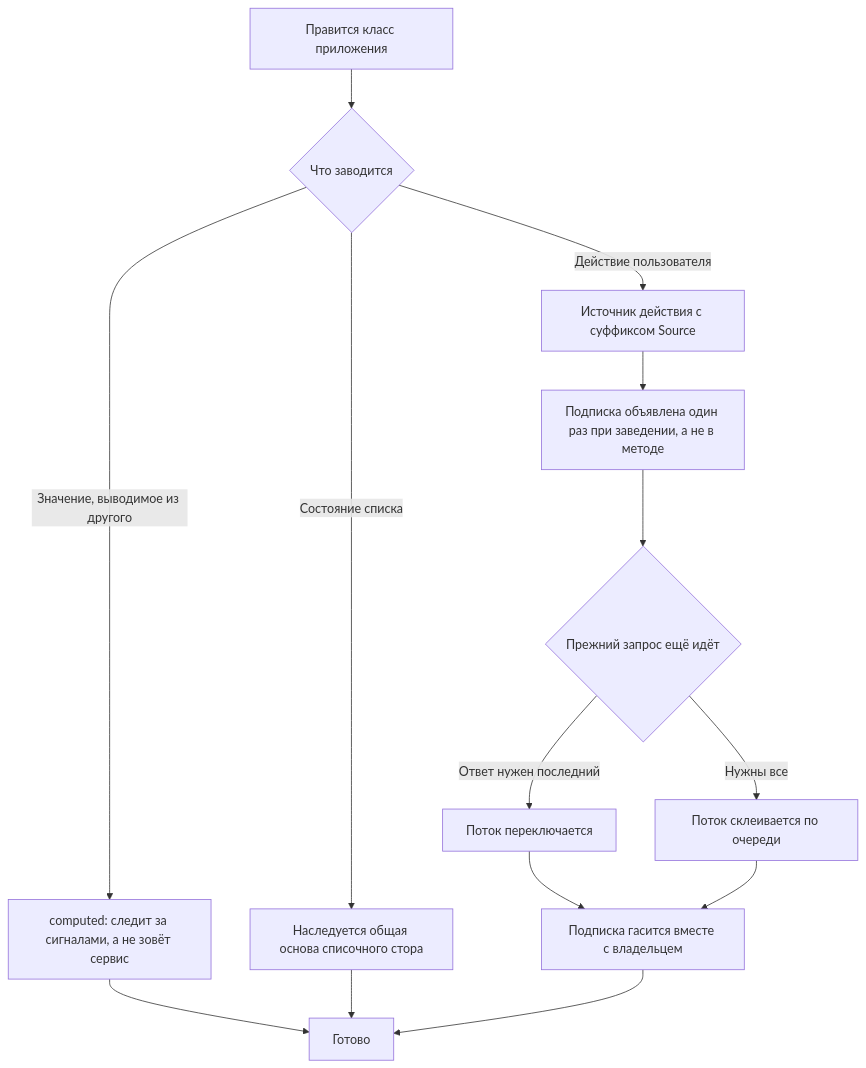
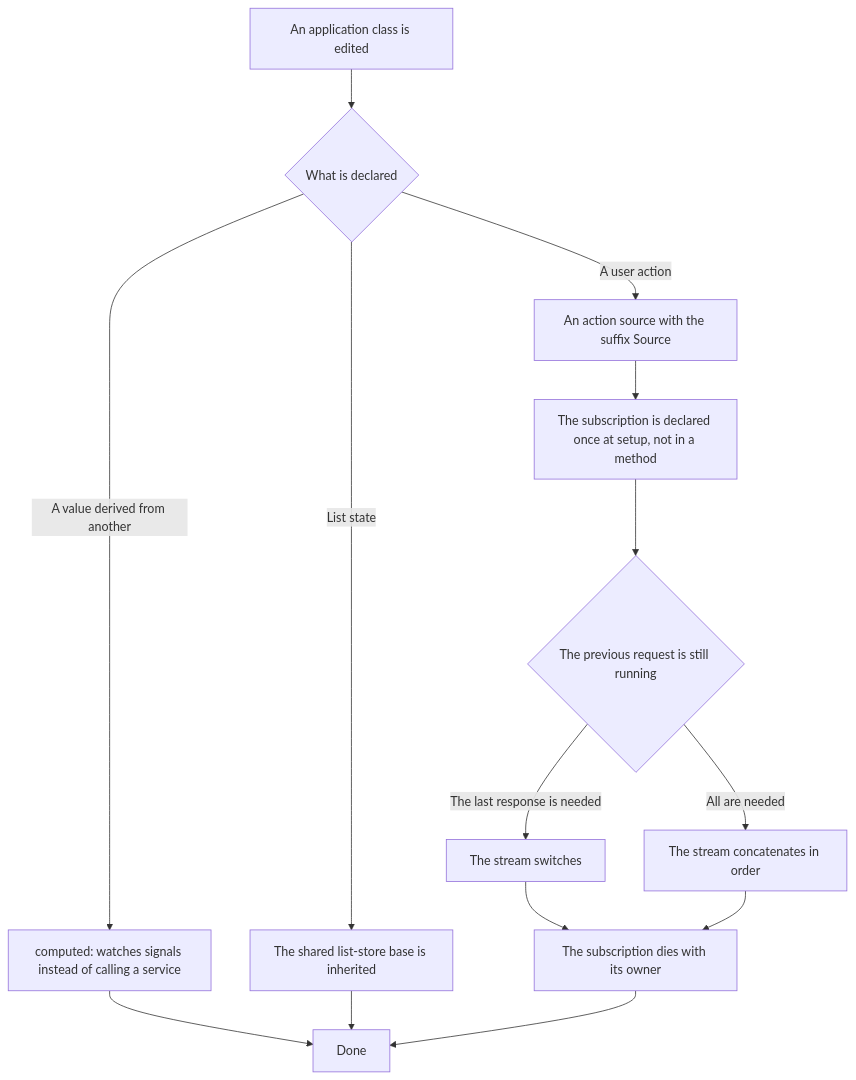
One commit to Eyhenij/rt-tools changed the diagram in .claude/skills/angular-patterns/SKILL.md. Above: the diagram before and after it, drawn with Mermaid. The commit also changed other lines of this file and 71 other files, not shown here.

````diff
--- a/.claude/skills/angular-patterns/SKILL.md
+++ b/.claude/skills/angular-patterns/SKILL.md
@@ -40,16 +40,16 @@
 ```mermaid
 flowchart TD
-    A[Правится класс приложения] --> B{Что заводится}
-    B -->|Значение, выводимое из другого| C[computed: следит за сигналами, а не зовёт сервис]
-    B -->|Действие пользователя| D[Источник действия с суффиксом Source]
-    B -->|Состояние списка| E[Наследуется общая основа списочного стора]
-    D --> F[Подписка объявлена один раз при заведении, а не в методе]
-    F --> G{Прежний запрос ещё идёт}
-    G -->|Ответ нужен последний| H[Поток переключается]
-    G -->|Нужны все| I[Поток склеивается по очереди]
-    H --> J[Подписка гасится вместе с владельцем]
+    A[An application class is edited] --> B{What is declared}
+    B -->|A value derived from another| C[computed: watches signals instead of calling a service]
+    B -->|A user action| D[An action source with the suffix Source]
+    B -->|List state| E[The shared list-store base is inherited]
+    D --> F[The subscription is declared once at setup, not in a method]
+    F --> G{The previous request is still running}
+    G -->|The last response is needed| H[The stream switches]
+    G -->|All are needed| I[The stream concatenates in order]
+    H --> J[The subscription dies with its owner]
     I --> J
-    C --> K[Готово]
+    C --> K[Done]
     E --> K
     J --> K
 ```
````
